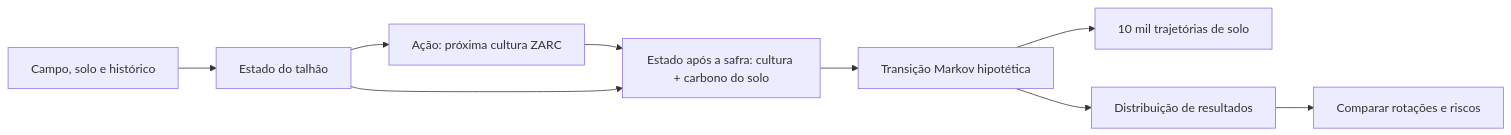
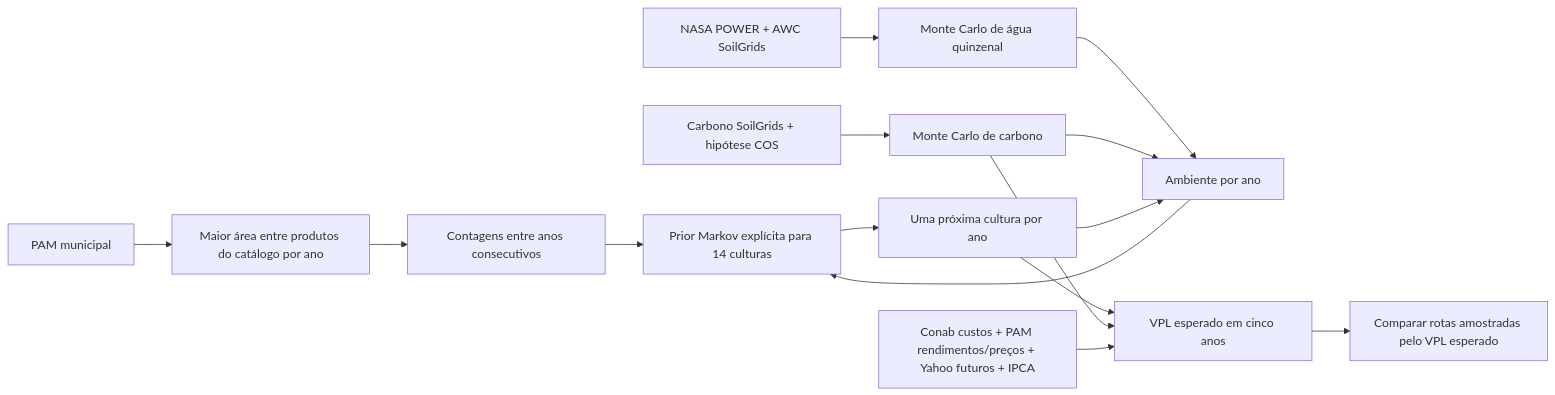
Before and after one commit to Gabriel-ASM/field-shift: the diagram in README.md, drawn with Mermaid. The commit also changed other lines of this file and 41 other files, not shown here.

Commit message:
Expose Markov graph and editable VPL inputs

````diff
--- a/README.md
+++ b/README.md
@@ -17,11 +17,17 @@
 ```mermaid
 flowchart LR
-    A[Campo, solo e histórico] --> S[Estado do talhão]
-    S --> D[Ação: próxima cultura ZARC]
-    D --> R[Estado após a safra: cultura + carbono do solo]
-    S --> R
-    R --> T[Transição Markov hipotética]
-    T --> M[10 mil trajetórias de solo]
-    T --> O[Distribuição de resultados]
-    O --> C[Comparar rotações e riscos]
+    P[PAM municipal] --> D[Maior área entre produtos do catálogo por ano]
+    D --> T[Contagens entre anos consecutivos]
+    T --> M[Prior Markov explícita para 14 culturas]
+    N[NASA POWER + AWC SoilGrids] --> W[Monte Carlo de água quinzenal]
+    S[Carbono SoilGrids + hipótese COS] --> C[Monte Carlo de carbono]
+    W --> E[Ambiente por ano]
+    C --> E
+    E --> M
+    M --> R[Uma próxima cultura por ano]
+    R --> E
+    R --> V[VPL esperado em cinco anos]
+    C --> V
+    I[Conab custos + PAM rendimentos/preços + Yahoo futuros + IPCA] --> V
+    V --> O[Comparar rotas amostradas pelo VPL esperado]
 ```
````
